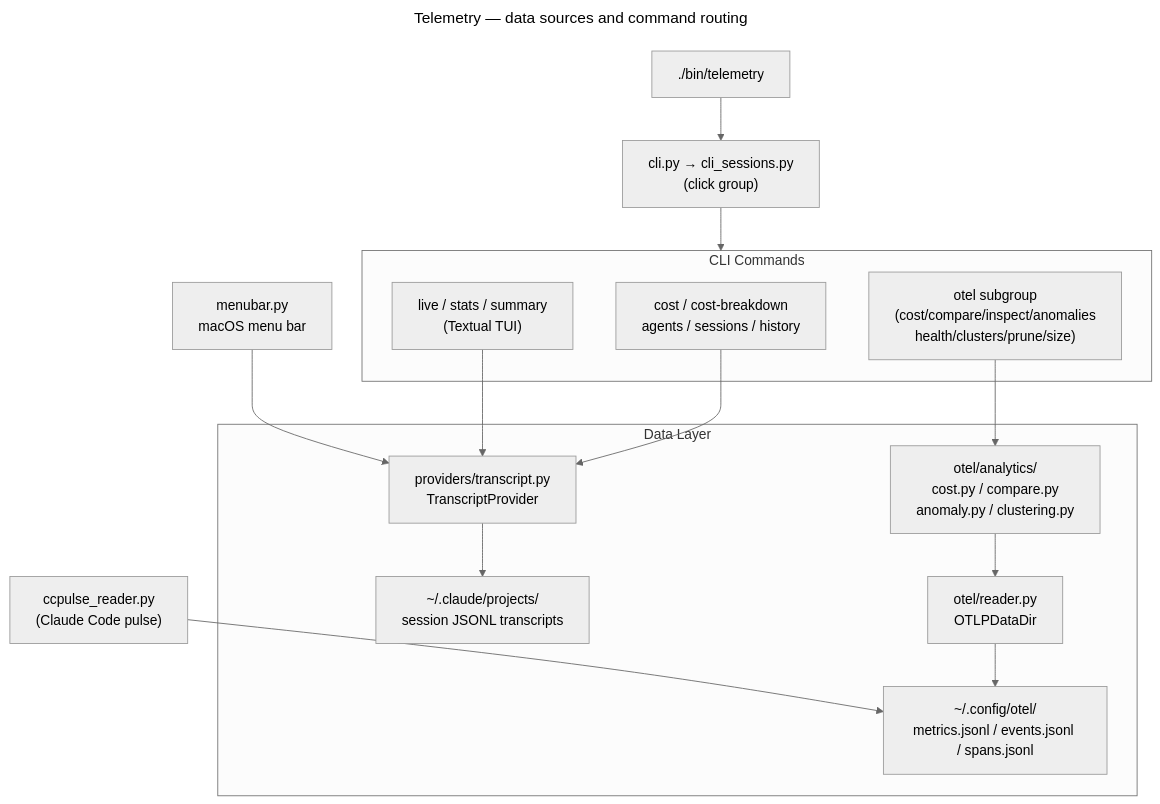
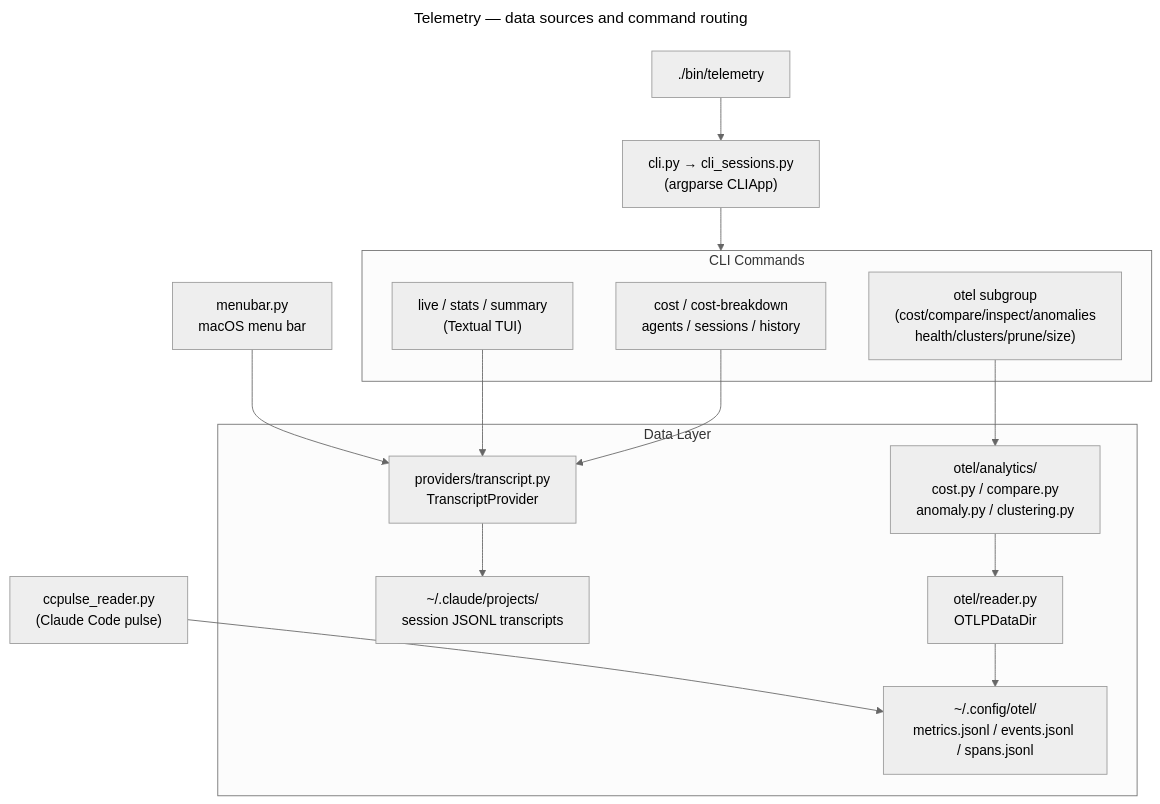
Before and after one commit to dancing-bear-show/dancing-bear: the diagram in src/telemetry/README.md, drawn with Mermaid (neutral theme). The commit also changed other lines of this file, not shown here.

````diff
--- a/src/telemetry/README.md
+++ b/src/telemetry/README.md
@@ -49,33 +49,33 @@
 ```mermaid
 ---
 title: Telemetry — data sources and command routing
 ---
 flowchart TB
     bin["./bin/telemetry"]
-    cli_main["cli.py → cli_sessions.py\n(click group)"]
+    cli_main["cli.py → cli_sessions.py\n(argparse CLIApp)"]
     subgraph cmds["CLI Commands"]
         c_cost["cost / cost-breakdown\nagents / sessions / history"]
         c_live["live / stats / summary\n(Textual TUI)"]
         c_otel["otel subgroup\n(cost/compare/inspect/anomalies\nhealth/clusters/prune/size)"]
     end
     subgraph data["Data Layer"]
         transcript["providers/transcript.py\nTranscriptProvider"]
         projects["~/.claude/projects/\nsession JSONL transcripts"]
         reader["otel/reader.py\nOTLPDataDir"]
         files["~/.config/otel/\nmetrics.jsonl / events.jsonl / spans.jsonl"]
         analytics["otel/analytics/\ncost.py / compare.py\nanomaly.py / clustering.py"]
     end
     ccpulse["ccpulse_reader.py\n(Claude Code pulse)"]
     menubar["menubar.py\nmacOS menu bar"]
 
     bin --> cli_main
     cli_main --> cmds
     c_cost --> transcript
     c_live --> transcript
     transcript --> projects
     c_otel --> analytics
     analytics --> reader
     reader --> files
     ccpulse --> files
     menubar --> transcript
 ```
````
